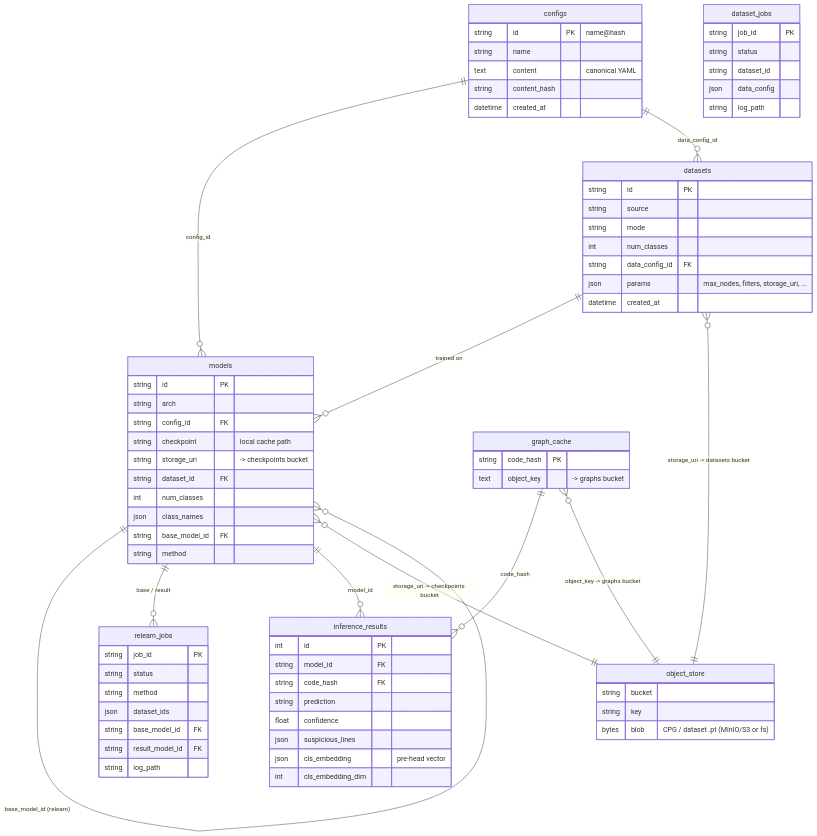
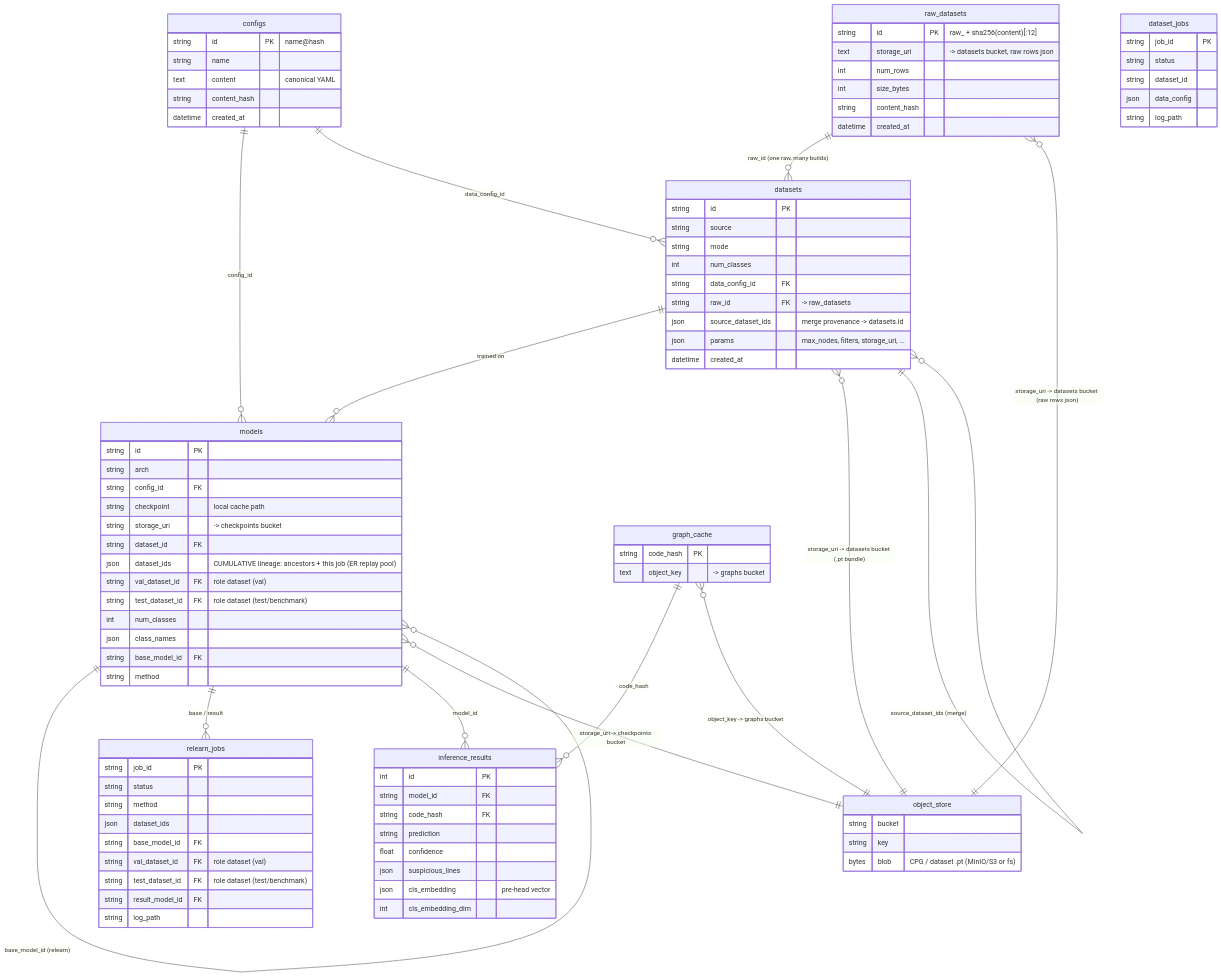
Before and after one commit to Otzzu/tugas-akhir: the second of 2 diagrams in API/README.md, drawn with Mermaid. The commit also changed other lines of this file and 18 other files, not shown here.

Commit message:
feat: raw dataset lineage, role val test datasets, cumulative er replay, lib 0.1.12

```diff
--- a/API/README.md
+++ b/API/README.md
@@ -290,7 +311,10 @@
     models ||--o{ inference_results : "model_id"
     graph_cache ||--o{ inference_results : "code_hash"
     graph_cache }o--|| object_store : "object_key -> graphs bucket"
-    datasets }o--|| object_store : "storage_uri -> datasets bucket"
+    raw_datasets ||--o{ datasets : "raw_id (one raw, many builds)"
+    raw_datasets }o--|| object_store : "storage_uri -> datasets bucket (raw rows json)"
+    datasets }o--|| object_store : "storage_uri -> datasets bucket (.pt bundle)"
+    datasets ||--o{ datasets : "source_dataset_ids (merge)"
     models }o--|| object_store : "storage_uri -> checkpoints bucket"
 
     configs {
@@ -300,12 +324,22 @@
       string content_hash
       datetime created_at
     }
+    raw_datasets {
+      string id PK "raw_ + sha256(content)[:12]"
+      text storage_uri "-> datasets bucket, raw rows json"
+      int num_rows
+      int size_bytes
+      string content_hash
+      datetime created_at
+    }
     datasets {
       string id PK
       string source
       string mode
       int num_classes
       string data_config_id FK
+      string raw_id FK "-> raw_datasets"
+      json source_dataset_ids "merge provenance -> datasets.id"
       json params "max_nodes, filters, storage_uri, ..."
       datetime created_at
     }
@@ -316,6 +350,9 @@
       string checkpoint "local cache path"
       string storage_uri "-> checkpoints bucket"
       string dataset_id FK
+      json dataset_ids "CUMULATIVE lineage: ancestors + this job (ER replay pool)"
+      string val_dataset_id FK "role dataset (val)"
+      string test_dataset_id FK "role dataset (test/benchmark)"
       int num_classes
       json class_names
       string base_model_id FK
@@ -327,6 +364,8 @@
       string method
       json dataset_ids
       string base_model_id FK
+      string val_dataset_id FK "role dataset (val)"
+      string test_dataset_id FK "role dataset (test/benchmark)"
       string result_model_id FK
       string log_path
     }
```
